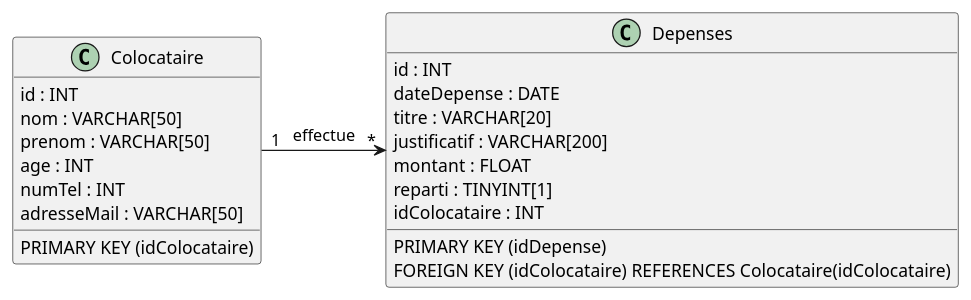
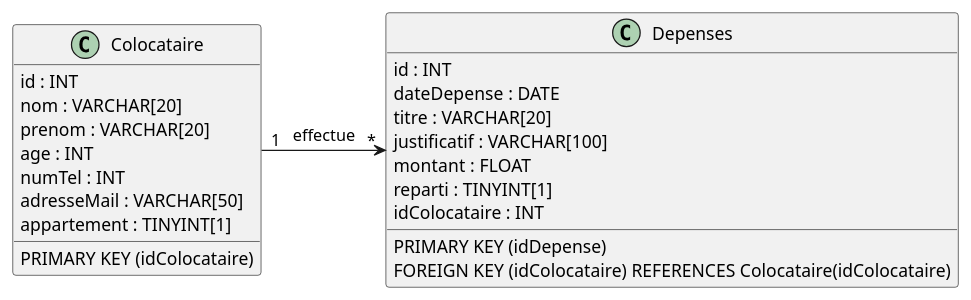
Before and after one commit to MihutaMihail/application_crous: the fifth of 6 diagrams in README.md, drawn with PlantUML. The commit also changed other lines of this file and 8 other files, not shown here.

````diff
--- a/README.md
+++ b/README.md
@@ -190,29 +192,30 @@
 ```plantuml
 @startuml model1
 scale 1
 
 class Depenses {
   id : INT
   dateDepense : DATE
   titre : VARCHAR[20]
-  justificatif : VARCHAR[200]
+  justificatif : VARCHAR[100]
   montant : FLOAT
   reparti : TINYINT[1]
   idColocataire : INT
   PRIMARY KEY (idDepense)
   FOREIGN KEY (idColocataire) REFERENCES Colocataire(idColocataire)
 }
 
 class Colocataire {
     id : INT
-    nom : VARCHAR[50]
-    prenom : VARCHAR[50]
+    nom : VARCHAR[20]
+    prenom : VARCHAR[20]
     age : INT
     numTel : INT
     adresseMail : VARCHAR[50]
+    appartement : TINYINT[1]
     PRIMARY KEY (idColocataire)
 }
 
 Colocataire -> Depenses : "1"   effectue   "*"
 @enduml
 ```
````
